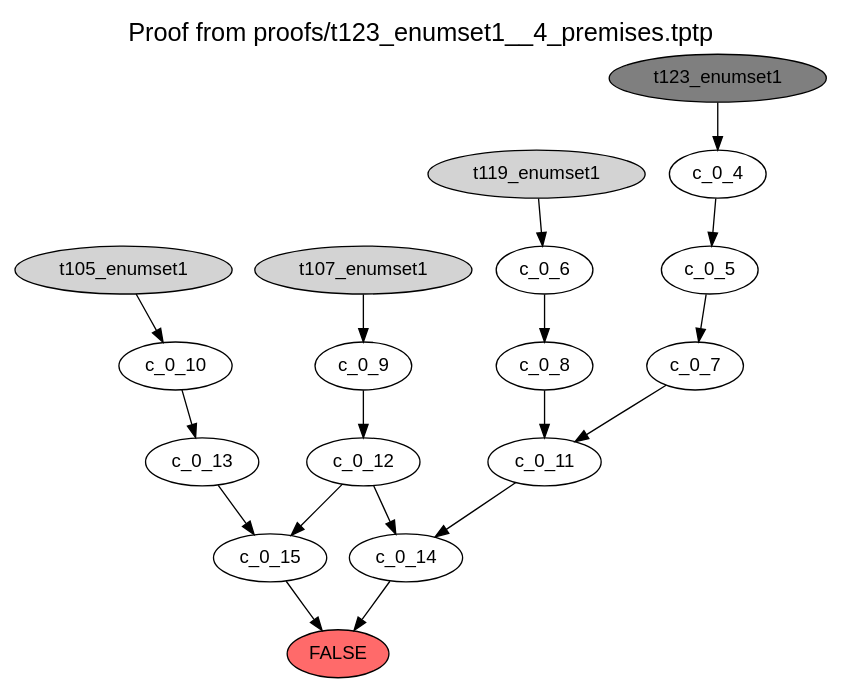
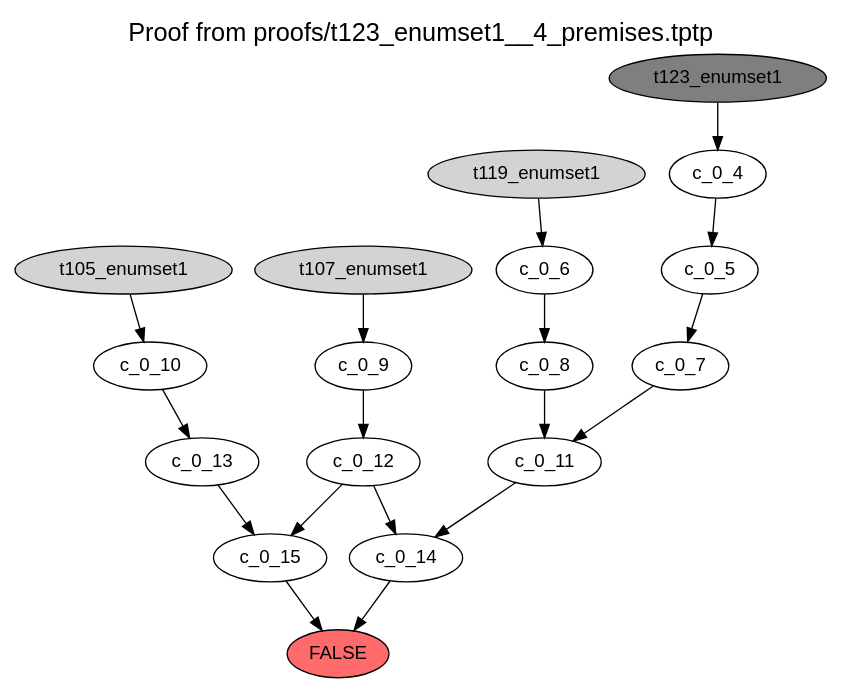
The diagram in examples/t123_enumset1__4_premises.dot (BartoszPiotrowski/proofs-to-trees), drawn with Graphviz before and after one commit. The commit also changed other lines of this file and 5 other files, not shown here.

```diff
--- a/examples/t123_enumset1__4_premises.dot
+++ b/examples/t123_enumset1__4_premises.dot
@@ -1,29 +1,29 @@
 digraph {
 label="Proof from proofs/t123_enumset1__4_premises.tptp"
 labelloc="t"
 graph [fontname = "helvetica", fontsize=19]
 node [fontname = "helvetica"]
 edge [fontname = "helvetica"]
 FALSE [style=filled fillcolor=indianred1]
 t119_enumset1 [style=filled]
 t107_enumset1 [style=filled]
 t105_enumset1 [style=filled]
 t123_enumset1 [style=filled fillcolor=grey50]
+"c_0_14" -> "FALSE"
 "c_0_6" -> "c_0_8"
+"t107_enumset1" -> "c_0_9"
+"c_0_4" -> "c_0_5"
+"c_0_12" -> "c_0_15"
+"t105_enumset1" -> "c_0_10"
+"c_0_7" -> "c_0_11"
+"t123_enumset1" -> "c_0_4"
 "c_0_15" -> "FALSE"
-"c_0_14" -> "FALSE"
-"c_0_7" -> "c_0_11"
+"t119_enumset1" -> "c_0_6"
+"c_0_13" -> "c_0_15"
 "c_0_10" -> "c_0_13"
-"c_0_12" -> "c_0_15"
+"c_0_5" -> "c_0_7"
 "c_0_11" -> "c_0_14"
-"t107_enumset1" -> "c_0_9"
-"t105_enumset1" -> "c_0_10"
-"c_0_13" -> "c_0_15"
+"c_0_12" -> "c_0_14"
 "c_0_8" -> "c_0_11"
-"t119_enumset1" -> "c_0_6"
-"c_0_4" -> "c_0_5"
-"c_0_5" -> "c_0_7"
-"c_0_12" -> "c_0_14"
-"t123_enumset1" -> "c_0_4"
 "c_0_9" -> "c_0_12"
 }
```
